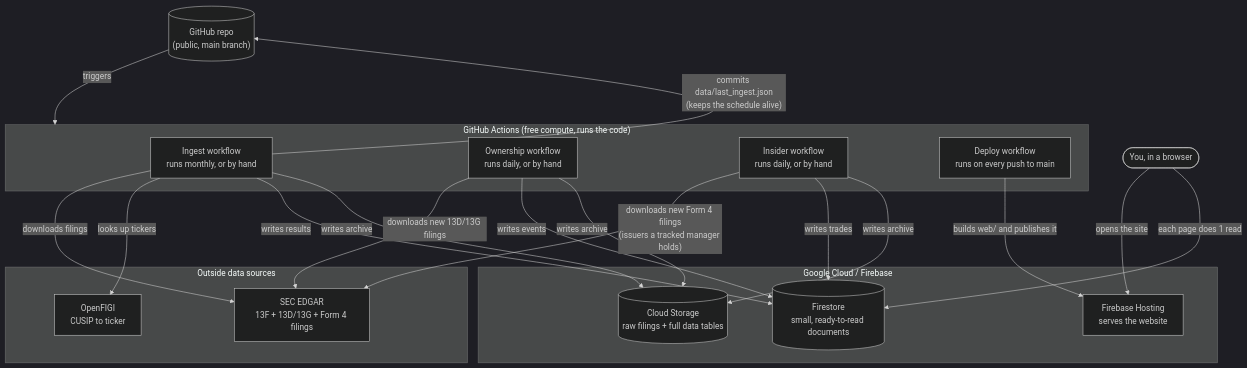
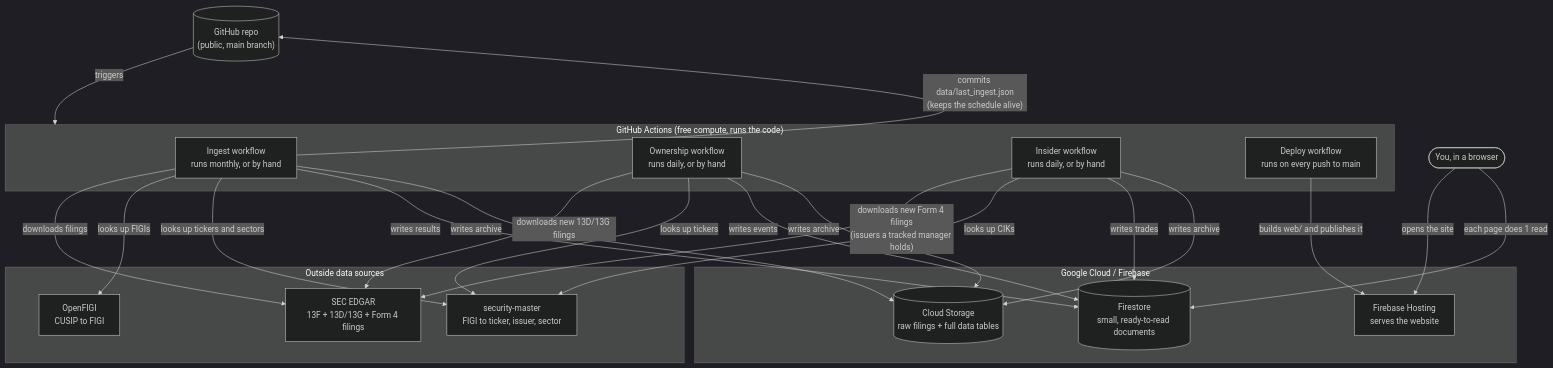
The first of 4 diagrams in docs/ARCHITECTURE.md (zhuy9/13f-dashboard), drawn with Mermaid (dark theme) before and after one commit. The commit also changed other lines of this file and 16 other files, not shown here.

````diff
--- a/docs/ARCHITECTURE.md
+++ b/docs/ARCHITECTURE.md
@@ -11,44 +11,48 @@
 ```mermaid
 flowchart TB
     REPO[("GitHub repo\n(public, main branch)")]
 
     subgraph GHA["GitHub Actions (free compute, runs the code)"]
         ING["Ingest workflow\nruns monthly, or by hand"]
         OWN["Ownership workflow\nruns daily, or by hand"]
         INS["Insider workflow\nruns daily, or by hand"]
         DEP["Deploy workflow\nruns on every push to main"]
     end
 
     subgraph EXT["Outside data sources"]
         EDGAR["SEC EDGAR\n13F + 13D/13G + Form 4 filings"]
-        FIGI["OpenFIGI\nCUSIP to ticker"]
+        FIGI["OpenFIGI\nCUSIP to FIGI"]
+        SM["security-master\nFIGI to ticker, issuer, sector"]
     end
 
     subgraph GCP["Google Cloud / Firebase"]
         FS[("Firestore\nsmall, ready-to-read documents")]
         GCS[("Cloud Storage\nraw filings + full data tables")]
         HOST["Firebase Hosting\nserves the website"]
     end
 
     VISITOR(["You, in a browser"])
 
     REPO -->|triggers| GHA
     ING -->|downloads filings| EDGAR
-    ING -->|looks up tickers| FIGI
+    ING -->|looks up FIGIs| FIGI
+    ING -->|looks up tickers and sectors| SM
     ING -->|writes results| FS
     ING -->|writes archive| GCS
     ING -->|"commits data/last_ingest.json\n(keeps the schedule alive)"| REPO
 
     OWN -->|downloads new 13D/13G filings| EDGAR
+    OWN -->|looks up tickers| SM
     OWN -->|writes events| FS
     OWN -->|writes archive| GCS
 
     INS -->|"downloads new Form 4 filings\n(issuers a tracked manager holds)"| EDGAR
+    INS -->|looks up CIKs| SM
     INS -->|writes trades| FS
     INS -->|writes archive| GCS
 
     DEP -->|builds web/ and publishes it| HOST
 
     VISITOR -->|opens the site| HOST
     VISITOR -->|"each page does 1 read"| FS
 ```
````
